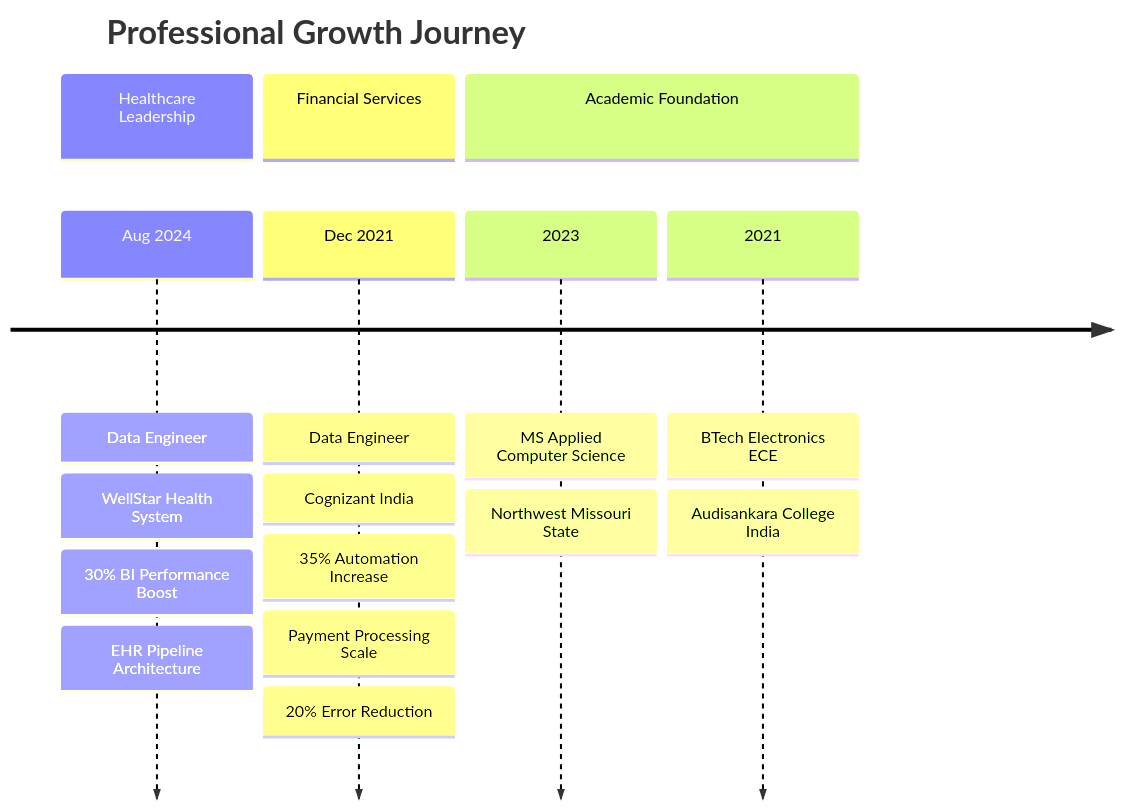
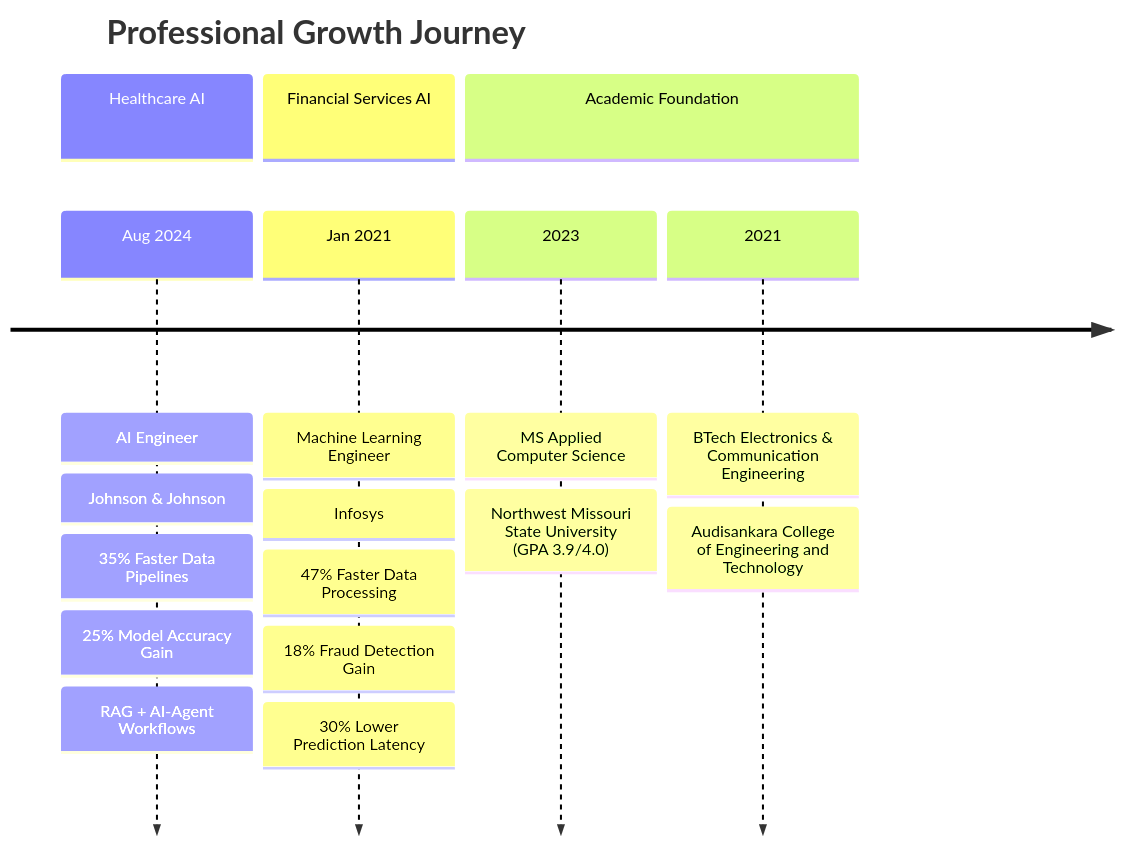
One commit to SumanthKumar00/SumanthKumar00 changed the first of 2 diagrams in README.md. Above: the diagram before and after it, drawn with Mermaid. The commit also changed other lines of this file, not shown here.

````diff
--- a/README.md
+++ b/README.md
@@ -88,20 +30,21 @@
 ```mermaid
 timeline
     title Professional Growth Journey
-    section Healthcare Leadership
-    Aug 2024 : Data Engineer
-             : WellStar Health System
-             : 30% BI Performance Boost
-             : EHR Pipeline Architecture
-    section Financial Services
-    Dec 2021 : Data Engineer
-             : Cognizant India
-             : 35% Automation Increase
-             : Payment Processing Scale
-             : 20% Error Reduction
+    section Healthcare AI
+    Aug 2024 : AI Engineer
+             : Johnson & Johnson
+             : 35% Faster Data Pipelines
+             : 25% Model Accuracy Gain
+             : RAG + AI-Agent Workflows
+    section Financial Services AI
+    Jan 2021 : Machine Learning Engineer
+             : Infosys
+             : 47% Faster Data Processing
+             : 18% Fraud Detection Gain
+             : 30% Lower Prediction Latency
     section Academic Foundation
     2023 : MS Applied Computer Science
-         : Northwest Missouri State
-    2021 : BTech Electronics ECE
-         : Audisankara College India
+         : Northwest Missouri State University (GPA 3.9/4.0)
+    2021 : BTech Electronics & Communication Engineering
+         : Audisankara College of Engineering and Technology
 ```
````
